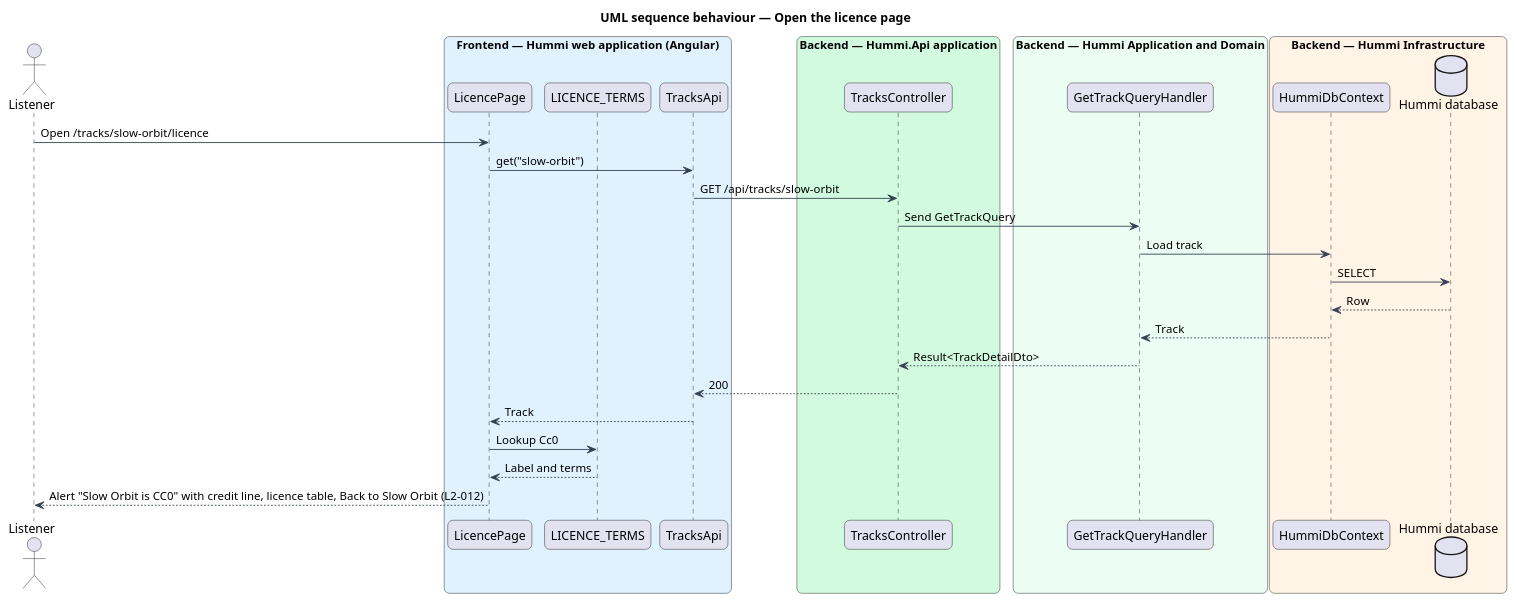
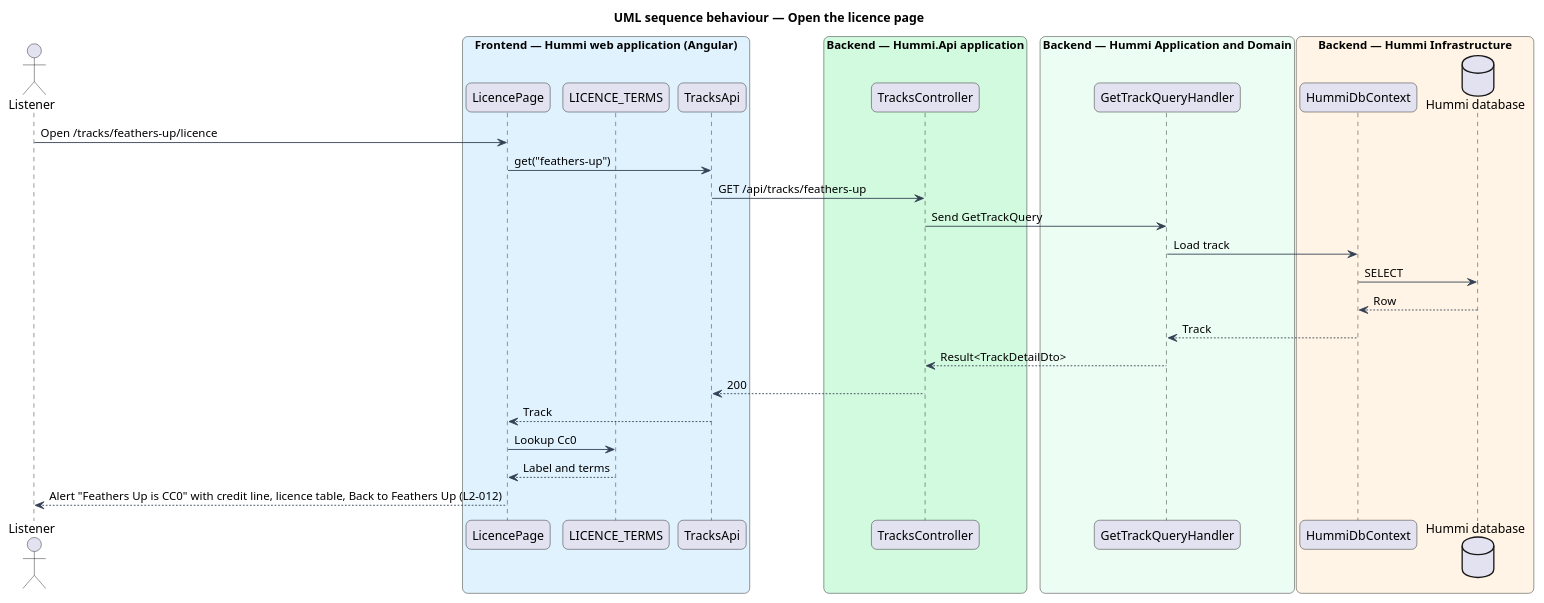
Before and after one commit to QuinntyneBrown/hummi: the diagram in docs/detailed-designs/catalogue/view-licence/diagrams/sequence-open-licence.puml, drawn with PlantUML. The commit also changed 119 other files, not shown here.

```diff
--- a/docs/detailed-designs/catalogue/view-licence/diagrams/sequence-open-licence.puml
+++ b/docs/detailed-designs/catalogue/view-licence/diagrams/sequence-open-licence.puml
@@ -1,47 +1,47 @@
 @startuml
 title UML sequence behaviour — Open the licence page
 skinparam backgroundColor #FFFFFF
 skinparam shadowing false
 skinparam roundcorner 12
 skinparam defaultFontName Arial
 skinparam ArrowColor #344054
 skinparam rectangle {
   BorderColor #344054
   FontColor #101828
 }
 skinparam package {
   BorderColor #667085
   FontColor #101828
   BackgroundColor #F9FAFB
 }
 actor "Listener" as u
 box "Frontend — Hummi web application (Angular)" #E0F2FE
   participant "LicencePage" as page
   participant "LICENCE_TERMS" as terms
   participant "TracksApi" as client
 end box
 box "Backend — Hummi.Api application" #D1FADF
   participant "TracksController" as ctl
 end box
 box "Backend — Hummi Application and Domain" #ECFDF3
   participant "GetTrackQueryHandler" as q
 end box
 box "Backend — Hummi Infrastructure" #FFF4E5
   participant "HummiDbContext" as ctx
   database "Hummi database" as db
 end box
-u -> page : Open /tracks/slow-orbit/licence
-page -> client : get("slow-orbit")
-client -> ctl : GET /api/tracks/slow-orbit
+u -> page : Open /tracks/feathers-up/licence
+page -> client : get("feathers-up")
+client -> ctl : GET /api/tracks/feathers-up
 ctl -> q : Send GetTrackQuery
 q -> ctx : Load track
 ctx -> db : SELECT
 db --> ctx : Row
 ctx --> q : Track
 q --> ctl : Result<TrackDetailDto>
 ctl --> client : 200
 client --> page : Track
 page -> terms : Lookup Cc0
 terms --> page : Label and terms
-page --> u : Alert "Slow Orbit is CC0" with credit line, licence table, Back to Slow Orbit (L2-012)
+page --> u : Alert "Feathers Up is CC0" with credit line, licence table, Back to Feathers Up (L2-012)
 @enduml
```
